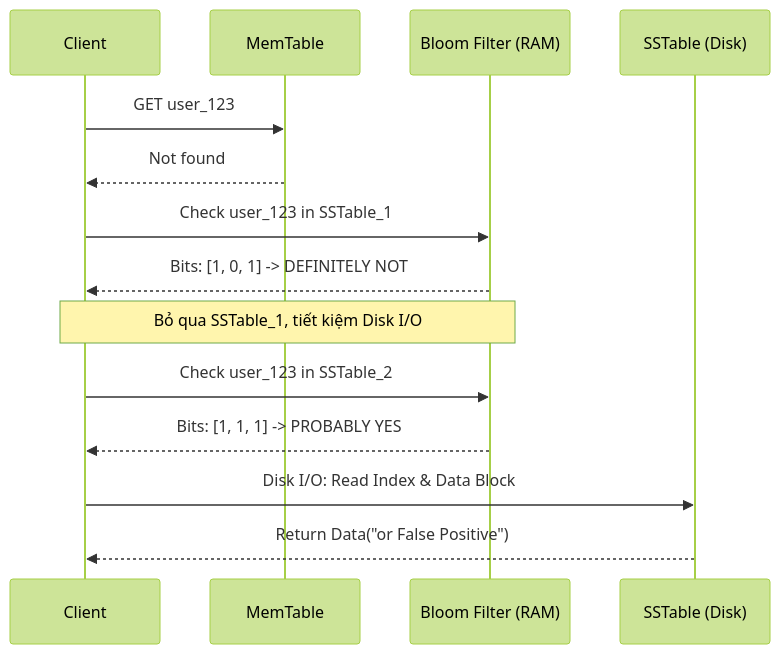
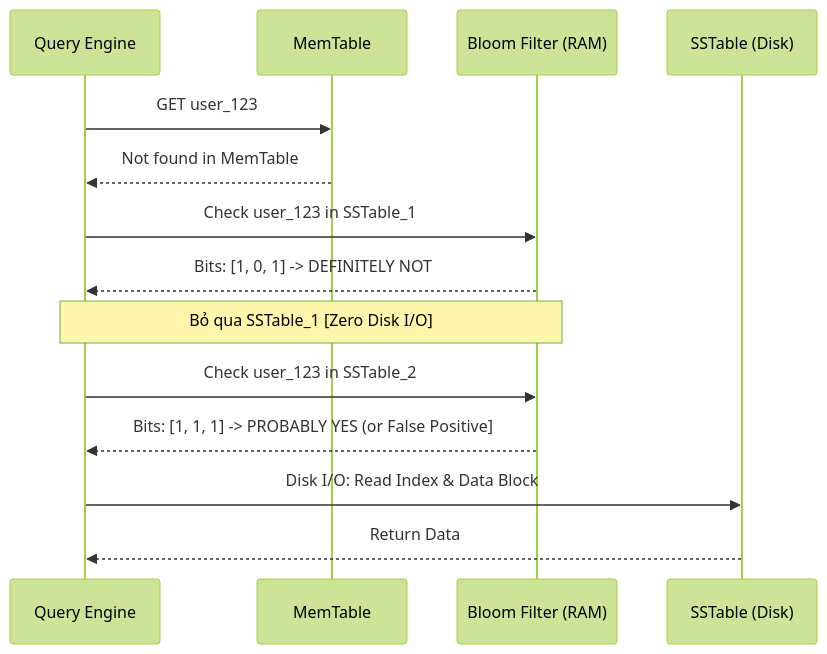
The second of 2 diagrams in src/content/docs/concepts/3-storage-engines-formats/bloom-filters-sstables.md (kythuatdulieu/kythuatdulieu.github.io), drawn with Mermaid (forest theme) before and after one commit. The commit also changed other lines of this file and 228 other files, not shown here.

Commit message:
Fix syntax and rewrite 200+ concepts docs to deep-dive system architecture and add GA4 tracking to quiz app

````diff
--- a/src/content/docs/concepts/3-storage-engines-formats/bloom-filters-sstables.md
+++ b/src/content/docs/concepts/3-storage-engines-formats/bloom-filters-sstables.md
@@ -59,17 +70,17 @@
 ```mermaid
 sequenceDiagram
-    participant C as Client
+    participant C as Query Engine
     participant M as MemTable
     participant BF as Bloom Filter (RAM)
     participant S as SSTable (Disk)
     
     C->>M: GET user_123
-    M-->>C: Not found
+    M-->>C: Not found in MemTable
     C->>BF: Check user_123 in SSTable_1
     BF-->>C: Bits: [1, 0, 1] -> DEFINITELY NOT
-    Note over C,BF: Bỏ qua SSTable_1, tiết kiệm Disk I/O
+    Note over C,BF: Bỏ qua SSTable_1 [Zero Disk I/O]
     C->>BF: Check user_123 in SSTable_2
-    BF-->>C: Bits: [1, 1, 1] -> PROBABLY YES
+    BF-->>C: Bits: [1, 1, 1] -> PROBABLY YES (or False Positive]
     C->>S: Disk I/O: Read Index & Data Block
-    S-->>C: Return Data("or False Positive")
+    S-->>C: Return Data
 ```
````
